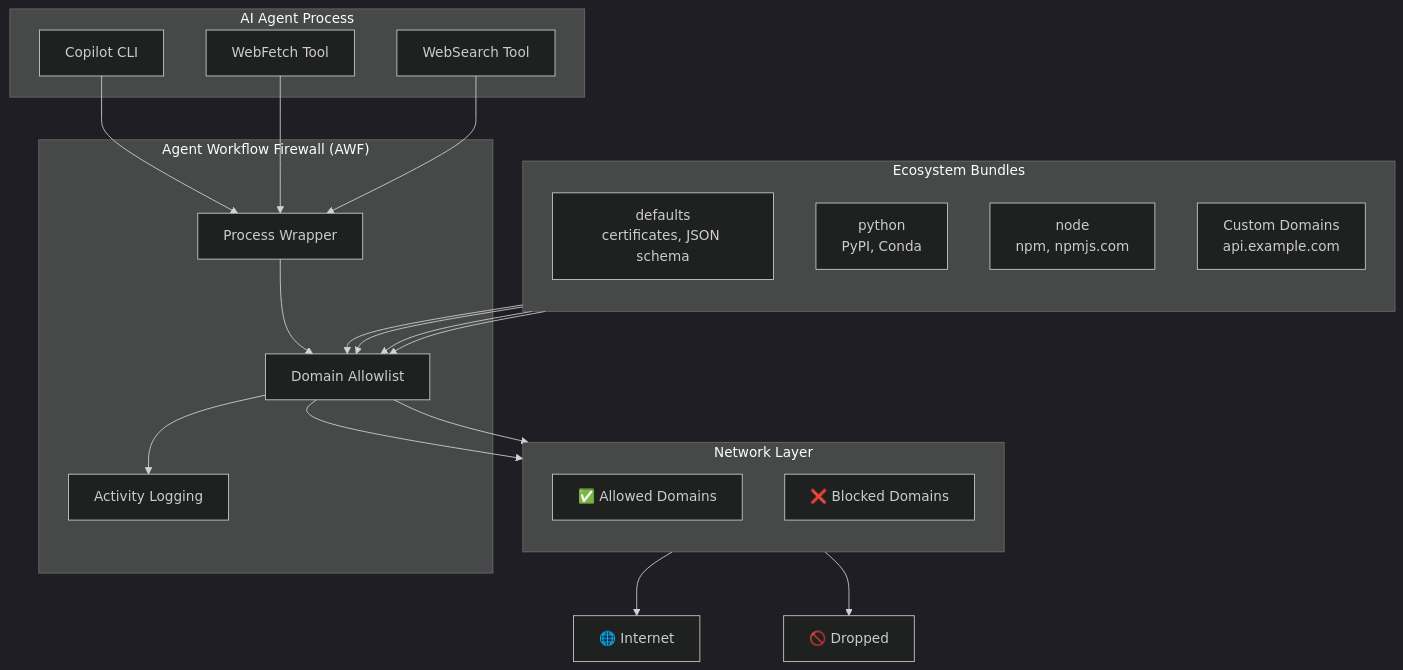
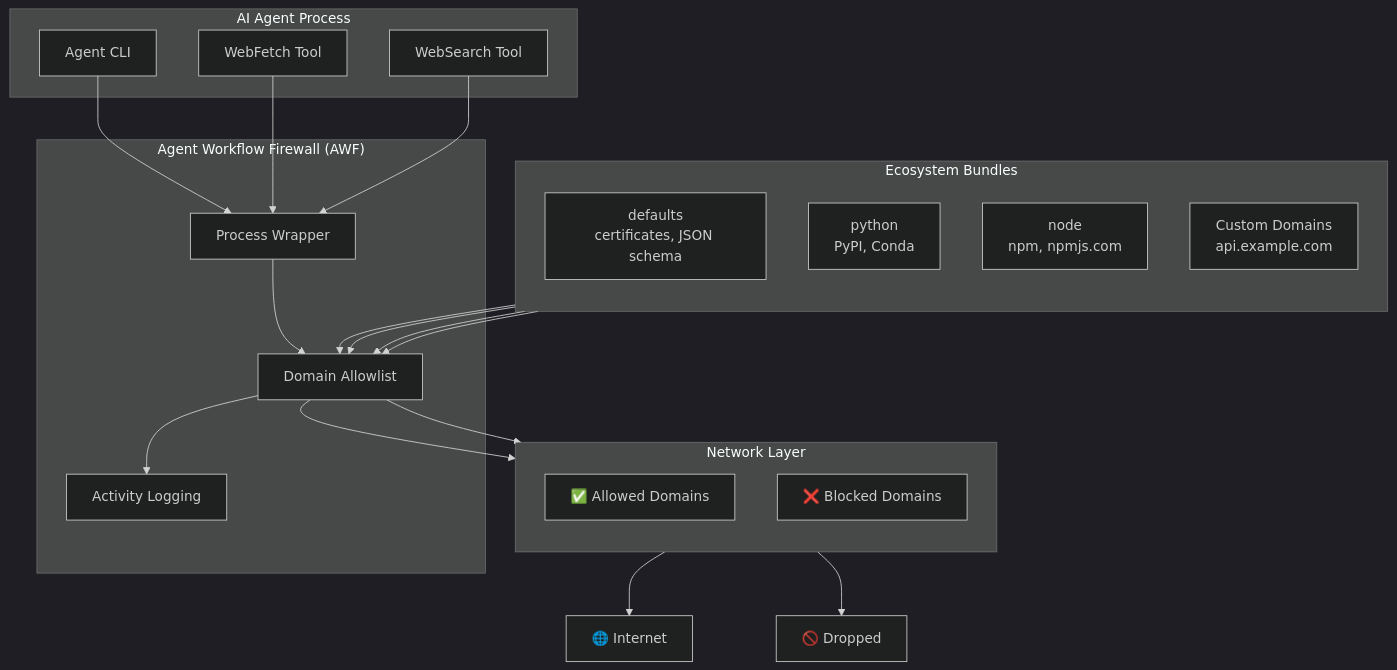
One commit to githubnext/gh-aw changed the third of 11 diagrams in docs/src/content/docs/introduction/architecture.mdx. Above: the diagram before and after it, drawn with Mermaid (dark theme). The commit also changed other lines of this file and 1 other file, not shown here.

Commit message:
docs: add claude quick-start secret note and neutralize architecture labels
Agent-Logs-Url: https://github.com/github/gh-aw/sessions/47f854fb-9cb8-4458-a1e8-0cc0d67d138a

````diff
--- a/docs/src/content/docs/introduction/architecture.mdx
+++ b/docs/src/content/docs/introduction/architecture.mdx
@@ -178,46 +178,46 @@
 ```mermaid
 flowchart TB
     subgraph Agent["AI Agent Process"]
-        COPILOT["Copilot CLI"]
+        COPILOT["Agent CLI"]
         WEB["WebFetch Tool"]
         SEARCH["WebSearch Tool"]
     end
 
     subgraph Firewall["Agent Workflow Firewall (AWF)"]
         WRAP["Process Wrapper"]
         ALLOW["Domain Allowlist"]
         LOG["Activity Logging"]
 
         WRAP --> ALLOW
         ALLOW --> LOG
     end
 
     subgraph Network["Network Layer"]
         direction TB
         ALLOWED_OUT["✅ Allowed Domains"]
         BLOCKED_OUT["❌ Blocked Domains"]
     end
 
     subgraph Ecosystems["Ecosystem Bundles"]
         direction TB
         DEFAULTS["defaults<br/>certificates, JSON schema"]
         PYTHON["python<br/>PyPI, Conda"]
         NODE["node<br/>npm, npmjs.com"]
         CUSTOM["Custom Domains<br/>api.example.com"]
     end
 
     COPILOT --> WRAP
     WEB --> WRAP
     SEARCH --> WRAP
 
     ALLOW --> ALLOWED_OUT
     ALLOW --> BLOCKED_OUT
 
     DEFAULTS --> ALLOW
     PYTHON --> ALLOW
     NODE --> ALLOW
     CUSTOM --> ALLOW
 
     ALLOWED_OUT --> INTERNET["🌐 Internet"]
     BLOCKED_OUT --> DROP["🚫 Dropped"]
 ```
````
